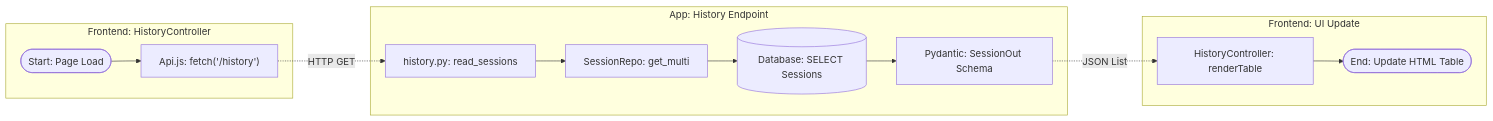
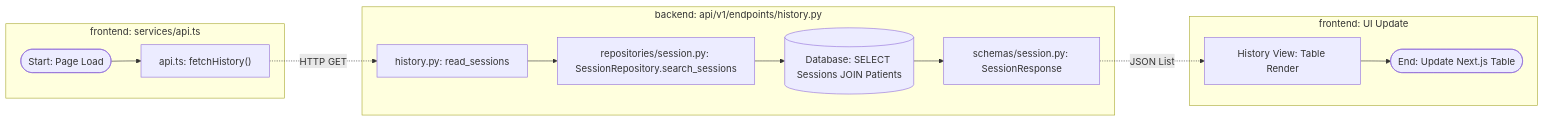
Before and after one commit to affanrk/ecg-puskesmas: the eighth of 11 diagrams in SYSTEM_FLOWS.md, drawn with Mermaid. The commit also changed other lines of this file and 176 other files, not shown here.

Commit message:
BE_FE: Separate Frontend & Backend, Framework FE -> Next.JS (UI), Backend-> FastAPI (Service for API & Websocket)

````diff
--- a/SYSTEM_FLOWS.md
+++ b/SYSTEM_FLOWS.md
@@ -295,21 +296,21 @@
 ```mermaid
 flowchart LR
     %% SWIMLANE: FRONTEND
-    subgraph UI [Frontend: HistoryController]
-        LoadPage([Start: Page Load]) --> FetchReq["Api.js: fetch('/history')"]
+    subgraph UI [frontend: services/api.ts]
+        LoadPage([Start: Page Load]) --> FetchReq["api.ts: fetchHistory()"]
     end
 
     %% SWIMLANE: BACKEND
-    subgraph API [App: History Endpoint]
+    subgraph API [backend: api/v1/endpoints/history.py]
         FetchReq -.->|HTTP GET| Endpoint["history.py: read_sessions"]
-        Endpoint --> RepoCall["SessionRepo: get_multi"]
-        RepoCall --> DBQuery[(Database: SELECT Sessions)]
-        DBQuery --> Serialize["Pydantic: SessionOut Schema"]
+        Endpoint --> RepoCall["repositories/session.py: SessionRepository.search_sessions"]
+        RepoCall --> DBQuery[(Database: SELECT Sessions JOIN Patients)]
+        DBQuery --> Serialize["schemas/session.py: SessionResponse"]
     end
 
     %% SWIMLANE: RENDER
-    subgraph Render [Frontend: UI Update]
-        Serialize -.->|JSON List| RecvData["HistoryController: renderTable"]
-        RecvData --> DOMUpd([End: Update HTML Table])
+    subgraph Render [frontend: UI Update]
+        Serialize -.->|JSON List| RecvData["History View: Table Render"]
+        RecvData --> DOMUpd([End: Update Next.js Table])
     end
 ```
````
